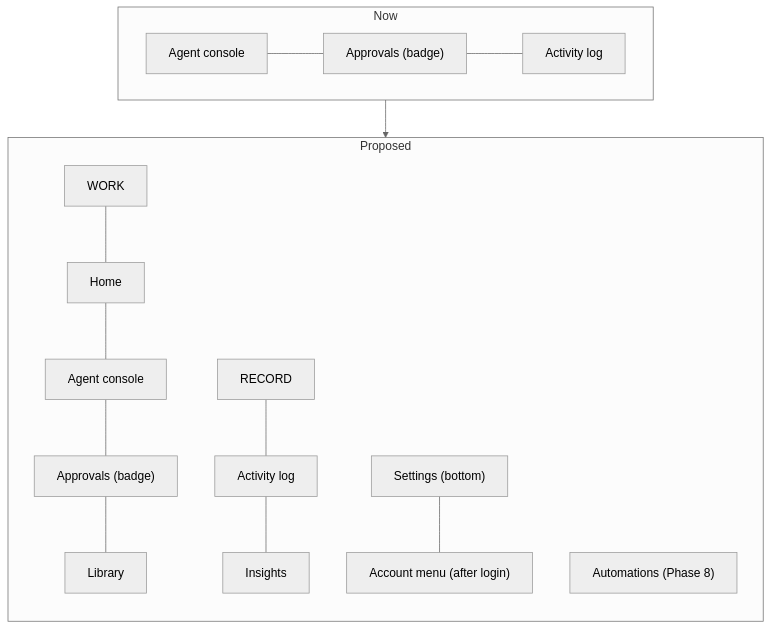
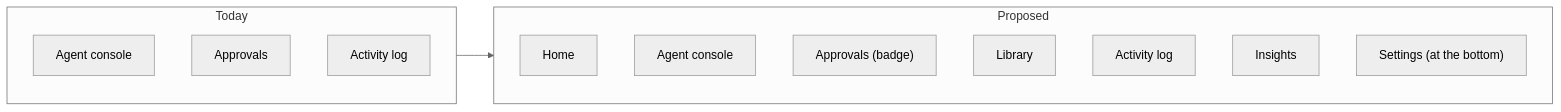
One commit to CogniPM-Team/Cogni-PM changed the second of 2 diagrams in docs/ux-plan.md. Above: the diagram before and after it, drawn with Mermaid (neutral theme). The commit also changed other lines of this file and 3 other files, not shown here.

````diff
--- a/docs/ux-plan.md
+++ b/docs/ux-plan.md
@@ -92,18 +54,20 @@
 ```mermaid
-flowchart TB
-    subgraph NOW["Now"]
-      n1["Agent console"] --- n2["Approvals (badge)"] --- n3["Activity log"]
+flowchart LR
+    subgraph NOW["Today"]
+      direction TB
+      n1["Agent console"]
+      n2["Approvals"]
+      n3["Activity log"]
     end
     subgraph NEXT["Proposed"]
       direction TB
-      w["WORK"] --- h["Home"]
-      h --- c["Agent console"]
-      c --- ap["Approvals (badge)"]
-      ap --- l["Library"]
-      r["RECORD"] --- ac["Activity log"]
-      ac --- d["Insights"]
-      au["Automations (Phase 8)"]
-      s["Settings (bottom)"] --- u["Account menu (after login)"]
+      p1["Home"]
+      p2["Agent console"]
+      p3["Approvals (badge)"]
+      p4["Library"]
+      p5["Activity log"]
+      p6["Insights"]
+      p7["Settings (at the bottom)"]
     end
     NOW --> NEXT
 ```
````
